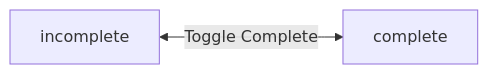
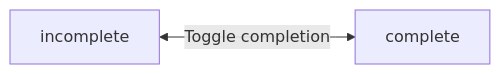
The second of 3 diagrams in qwen/qwen3.5-397b-a17b/todo/docs/analysis/02-domain-model.md (wrtnlabs/autobe-examples), drawn with Mermaid before and after one commit. The commit also changed other lines of this file and 9017 other files, not shown here.

````diff
--- a/qwen/qwen3.5-397b-a17b/todo/docs/analysis/02-domain-model.md
+++ b/qwen/qwen3.5-397b-a17b/todo/docs/analysis/02-domain-model.md
@@ -180,4 +233,4 @@
 ```mermaid
 flowchart LR
-    A["incomplete"] <-->|"Toggle Complete"| B["complete"]
+    A["incomplete"] <-->|"Toggle completion"| B["complete"]
 ```
````
